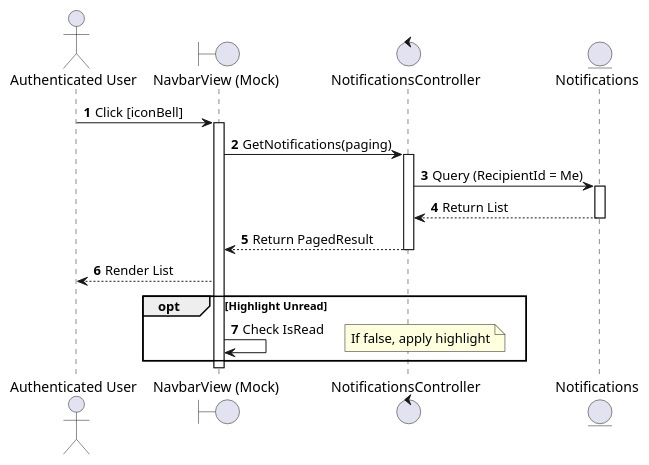
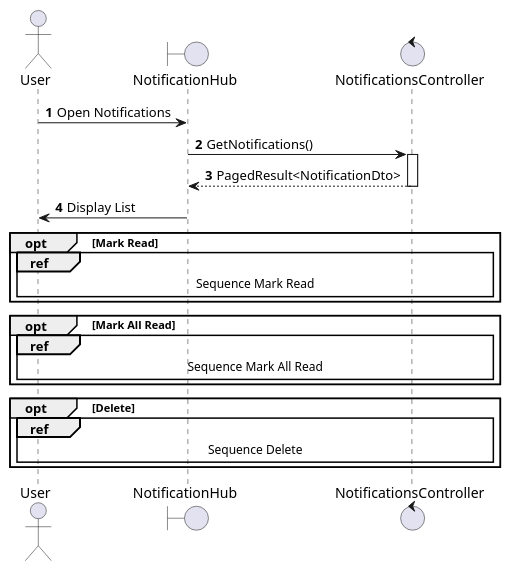
One commit to I-Love-U-3000/Favi-BE changed the second of 10 diagrams in UC_2.1.8_Monitor_Notification.md. Above: the diagram before and after it, drawn with PlantUML. The commit also changed other lines of this file and 36 other files, not shown here.

````diff
--- a/UC_2.1.8_Monitor_Notification.md
+++ b/UC_2.1.8_Monitor_Notification.md
@@ -60,27 +57,27 @@
 ```plantuml
 @startuml
 autonumber
-actor "Authenticated User" as User
-boundary "NavbarView (Mock)" as View
+actor "User" as User
+boundary "NotificationHub" as View
 control "NotificationsController" as Controller
-entity "Notifications" as Entity
 
-User -> View: Click [iconBell]
-activate View
-View -> Controller: GetNotifications(paging)
+User -> View: Open Notifications
+View -> Controller: GetNotifications()
 activate Controller
-Controller -> Entity: Query (RecipientId = Me)
-activate Entity
-Entity --> Controller: Return List
-deactivate Entity
-Controller --> View: Return PagedResult
+Controller --> View: PagedResult<NotificationDto>
 deactivate Controller
-View --> User: Render List
+View -> User: Display List
 
-opt Highlight Unread
-    View -> View: Check IsRead
-    note right: If false, apply highlight
+opt Mark Read
+    ref over User, View, Controller: Sequence Mark Read
 end
-deactivate View
+
+opt Mark All Read
+    ref over User, View, Controller: Sequence Mark All Read
+end
+
+opt Delete
+    ref over User, View, Controller: Sequence Delete
+end
 @enduml
 ```
````
